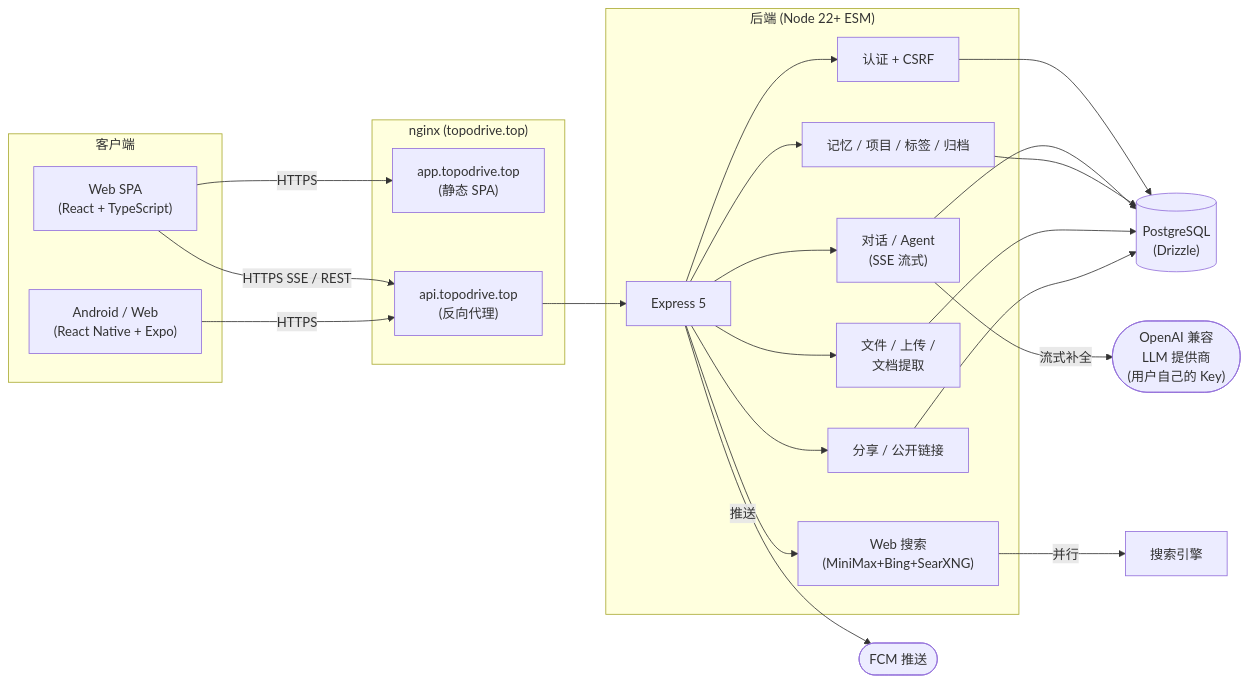
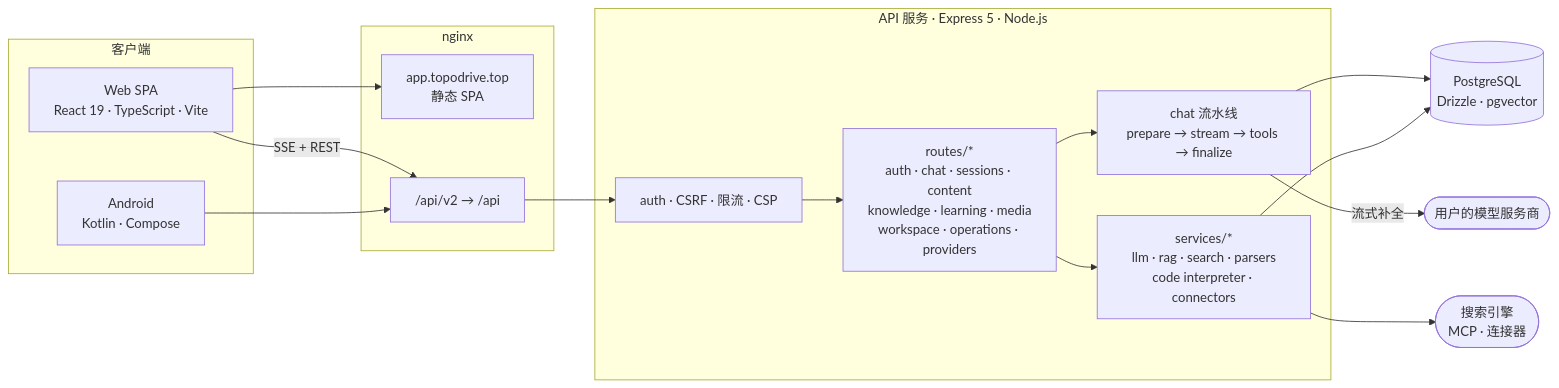
The first of 2 diagrams in README.zh.md (kevenhu001-cyber/Socrates), drawn with Mermaid before and after one commit. The commit also changed other lines of this file and 41 other files, not shown here.

````diff
--- a/README.zh.md
+++ b/README.zh.md
@@ -148,45 +129,34 @@
 ```mermaid
 flowchart LR
-  subgraph Client["客户端"]
-    SPA["Web SPA<br/>(React + TypeScript)"]
-    APK["Android / Web<br/>(React Native + Expo)"]
+  subgraph Clients["客户端"]
+    SPA["Web SPA<br/>React 19 · TypeScript · Vite"]
+    AND["Android<br/>Kotlin · Compose"]
   end
 
-  subgraph Edge["nginx (topodrive.top)"]
-    APP["app.topodrive.top<br/>(静态 SPA)"]
-    API["api.topodrive.top<br/>(反向代理)"]
+  subgraph Edge["nginx"]
+    APP["app.topodrive.top<br/>静态 SPA"]
+    PROXY["/api/v2 → /api"]
   end
 
-  subgraph Server["后端 (Node 22+ ESM)"]
-    EX["Express 5"]
-    AUTH["认证 + CSRF"]
-    CHAT["对话 / Agent<br/>(SSE 流式)"]
-    MEM["记忆 / 项目 / 标签 / 归档"]
-    FILES["文件 / 上传 /<br/>文档提取"]
-    WEB["Web 搜索<br/>(MiniMax+Bing+SearXNG)"]
-    SHARE["分享 / 公开链接"]
+  subgraph Server["API 服务 · Express 5 · Node.js"]
+    MW["auth · CSRF · 限流 · CSP"]
+    ROUTES["routes/*<br/>auth · chat · sessions · content<br/>knowledge · learning · media<br/>workspace · operations · providers"]
+    CHAT["chat 流水线<br/>prepare → stream → tools → finalize"]
+    SVC["services/*<br/>llm · rag · search · parsers<br/>code interpreter · connectors"]
   end
 
-  DB[("PostgreSQL<br/>(Drizzle)")]
-  LLM(["OpenAI 兼容<br/>LLM 提供商<br/>(用户自己的 Key)"])
-  FCM(["FCM 推送"])
+  PG[("PostgreSQL<br/>Drizzle · pgvector")]
+  LLM(["用户的模型服务商"])
+  EXT(["搜索引擎<br/>MCP · 连接器"])
 
-  SPA -->|HTTPS| APP
-  SPA -->|HTTPS SSE / REST| API
-  APK -->|HTTPS| API
-  API --> EX
-  EX --> AUTH
-  EX --> CHAT
-  EX --> MEM
-  EX --> FILES
-  EX --> WEB
-  EX --> SHARE
-  AUTH --> DB
-  CHAT --> DB
+  SPA --> APP
+  SPA -->|SSE + REST| PROXY
+  AND --> PROXY
+  PROXY --> MW --> ROUTES
+  ROUTES --> CHAT
+  ROUTES --> SVC
+  CHAT --> PG
+  SVC --> PG
   CHAT -->|流式补全| LLM
-  MEM --> DB
-  FILES --> DB
-  WEB -->|并行| SE["搜索引擎"]
-  SHARE --> DB
-  EX -->|推送| FCM
+  SVC --> EXT
 ```
````
